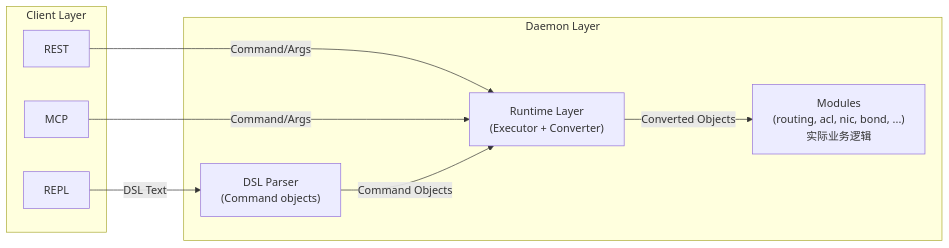
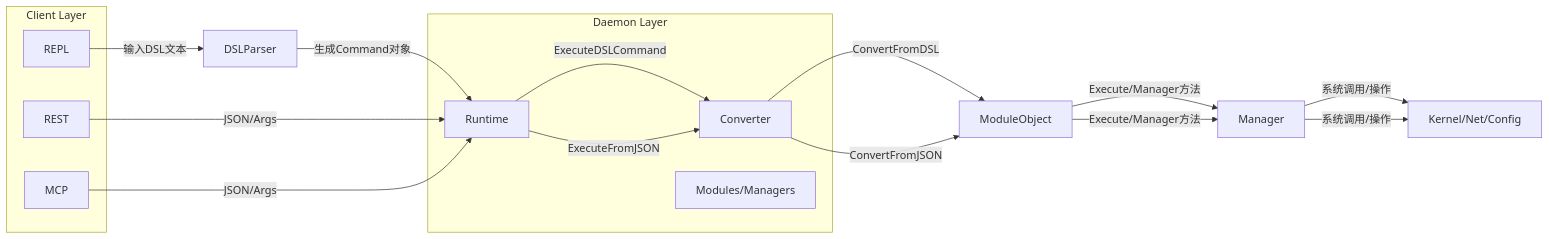
Before and after one commit to flystary/flyos: the fifth of 6 diagrams in README.md, drawn with Mermaid. The commit also changed other lines of this file and 10 other files, not shown here.

Commit message:
优化dsl, runtime, module, converter

````diff
--- a/README.md
+++ b/README.md
@@ -79,21 +79,31 @@
 ```mermaid
 flowchart LR
     subgraph Client Layer
         REPL
         REST
         MCP
     end
 
     subgraph Daemon Layer
-        DSL["DSL Parser\n(Command objects)"]
-        Runtime["Runtime Layer\n(Executor + Converter)"]
-        Modules["Modules\n(routing, acl, nic, bond, ...)\n实际业务逻辑"]
+        Runtime
+        Converter
+        Modules/Managers
     end
 
-    REPL -->|DSL Text| DSL
-    REST -->|Command/Args| Runtime
-    MCP -->|Command/Args| Runtime
+    %% DSL路径
+    REPL -->|输入DSL文本| DSLParser
+    DSLParser -->|生成Command对象| Runtime
+    Runtime -->|ExecuteDSLCommand| Converter
+    Converter -->|ConvertFromDSL| ModuleObject
+    ModuleObject -->|Execute/Manager方法| Manager
+    Manager -->|系统调用/操作| Kernel/Net/Config
 
-    DSL -->|Command Objects| Runtime
-    Runtime -->|Converted Objects| Modules
+    %% REST/MCP路径
+    REST -->|JSON/Args| Runtime
+    MCP -->|JSON/Args| Runtime
+    Runtime -->|ExecuteFromJSON| Converter
+    Converter -->|ConvertFromJSON| ModuleObject
+    ModuleObject -->|Execute/Manager方法| Manager
+    Manager -->|系统调用/操作| Kernel/Net/Config
+
 ```
````
